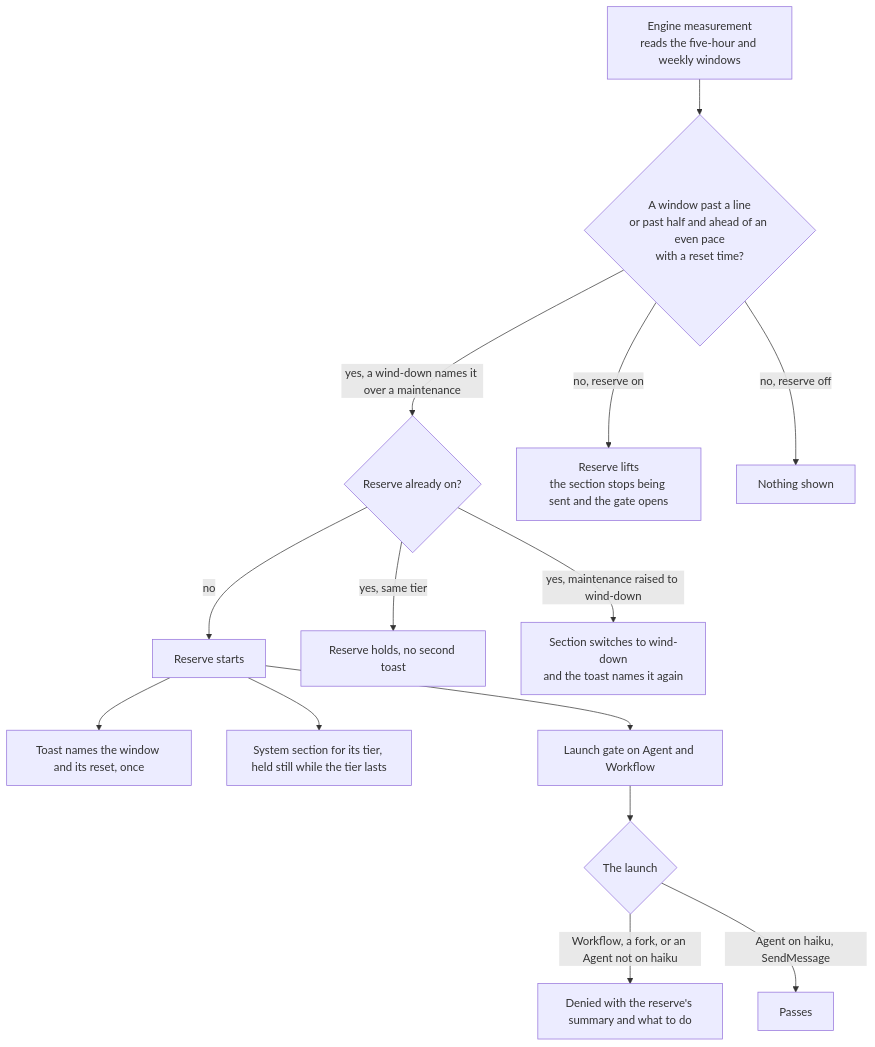
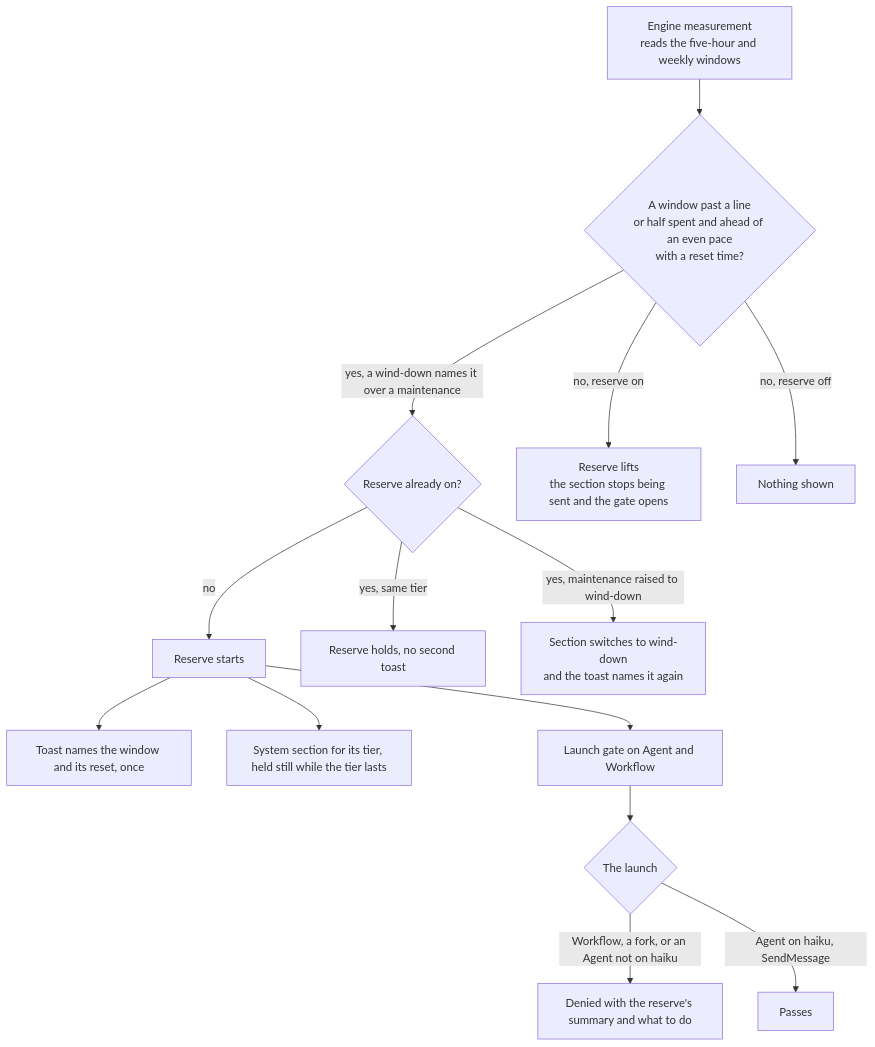
The diagram in apps/web/content/docs/infra/claude-interface/genshin-mods/resin.md (Esposter/Esposter), drawn with Mermaid before and after one commit. The commit also changed other lines of this file and 1 other file, not shown here.

Commit message:
docs(genshin-mods): the pace rule reads a window with half its allowance spent ahead of an even pace, not one past half its length

````diff
--- a/apps/web/content/docs/infra/claude-interface/genshin-mods/resin.md
+++ b/apps/web/content/docs/infra/claude-interface/genshin-mods/resin.md
@@ -35,16 +35,16 @@
 ```mermaid
 flowchart TD
-  M["Engine measurement<br/>reads the five-hour and weekly windows"] --> P{"A window past a line<br/>or past half and ahead of an even pace<br/>with a reset time?"}
+  M["Engine measurement<br/>reads the five-hour and weekly windows"] --> P{"A window past a line<br/>or half spent and ahead of an even pace<br/>with a reset time?"}
   P -->|yes, a wind-down names it over a maintenance| Q{"Reserve already on?"}
   Q -->|no| ON["Reserve starts"]
   ON --> T["Toast names the window and its reset, once"]
   ON --> S["System section for its tier, held still while the tier lasts"]
   Q -->|yes, same tier| HOLD["Reserve holds, no second toast"]
   Q -->|yes, maintenance raised to wind-down| UP["Section switches to wind-down<br/>and the toast names it again"]
   P -->|no, reserve on| OFF["Reserve lifts<br/>the section stops being sent and the gate opens"]
   P -->|no, reserve off| NONE["Nothing shown"]
   ON --> G["Launch gate on Agent and Workflow"]
   G --> L{"The launch"}
   L -->|Workflow, a fork, or an Agent not on haiku| D["Denied with the reserve's summary and what to do"]
   L -->|Agent on haiku, SendMessage| A["Passes"]
 ```
````
